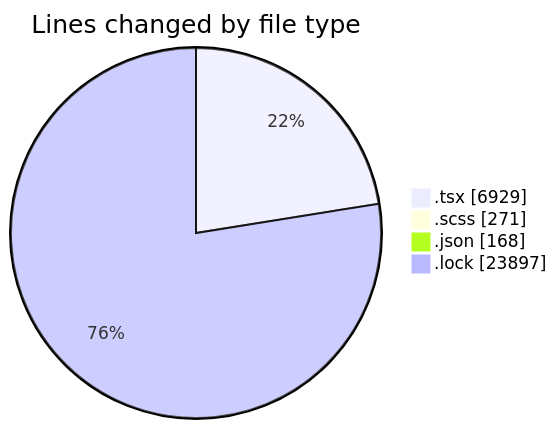
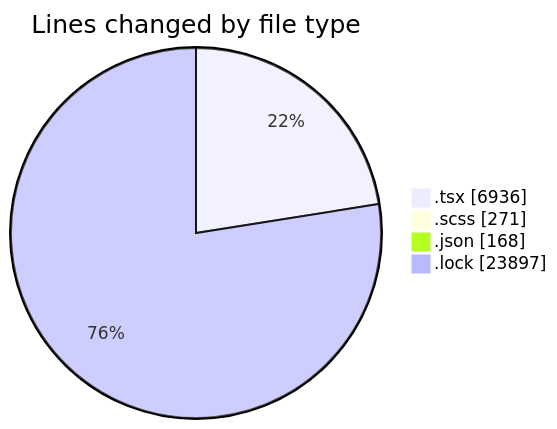
Before and after one commit to momahboobian/code-tracking: the first of 2 diagrams in 2025-11-18/cda/README.md, drawn with Mermaid. The commit also changed other lines of this file and 1 other file, not shown here.

````diff
--- a/2025-11-18/cda/README.md
+++ b/2025-11-18/cda/README.md
@@ -34,8 +34,8 @@
 ```mermaid
 pie showData
 title Lines changed by file type
-".tsx" : 6929
+".tsx" : 6936
 ".scss" : 271
 ".json" : 168
 ".lock" : 23897
 ```
````
